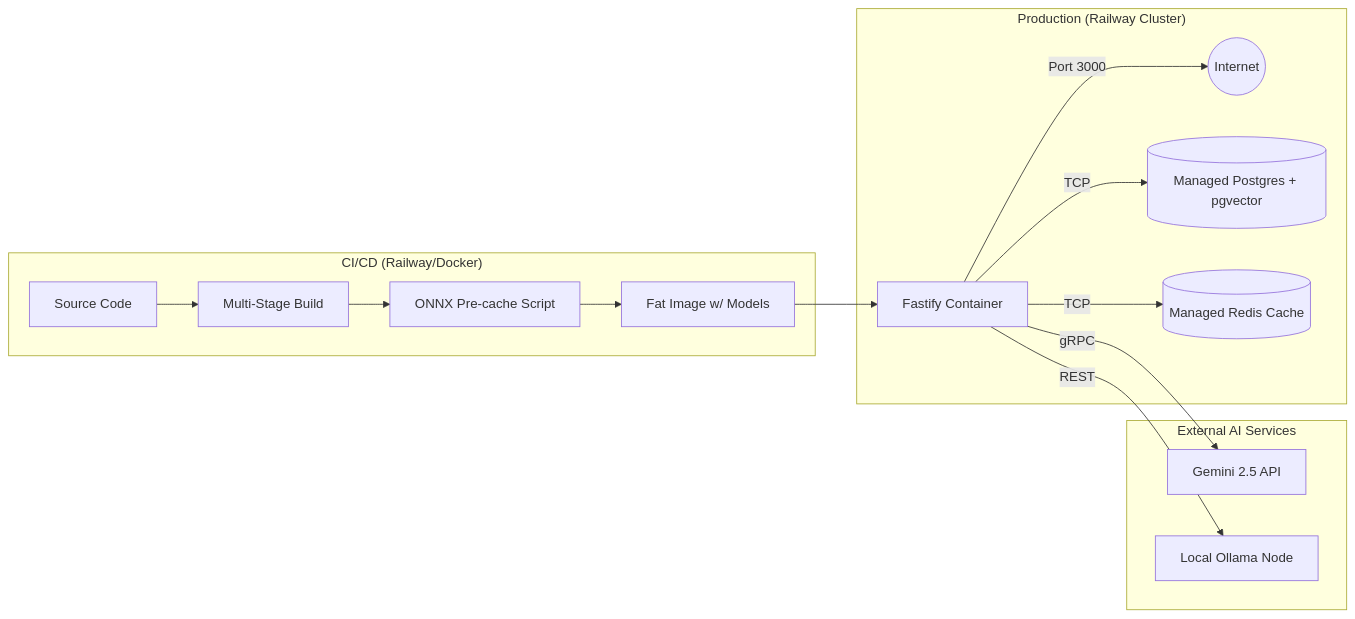
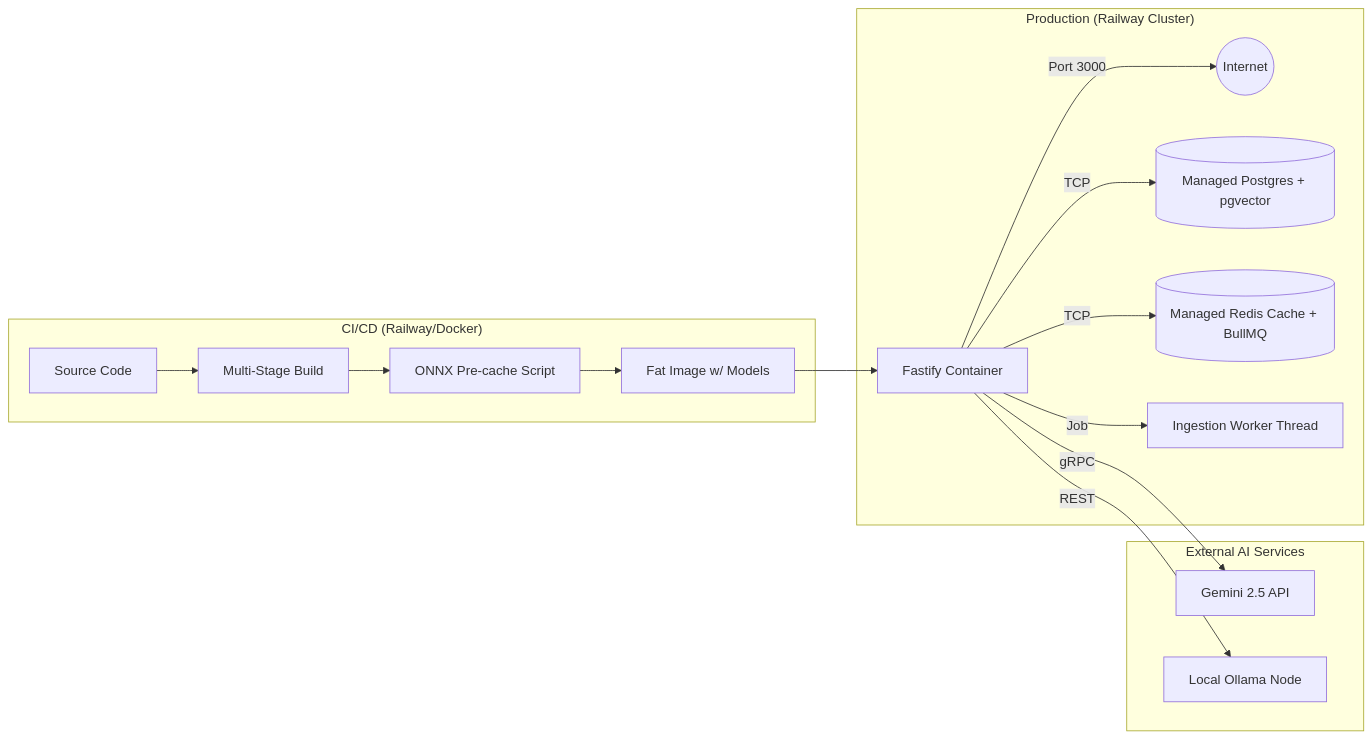
Before and after one commit to manish-9245/scalable-llm-search: the second of 2 diagrams in README.md, drawn with Mermaid. The commit also changed other lines of this file and 6 other files, not shown here.

Commit message:
feat: implement event-driven ingestion with BullMQ and Redis

````diff
--- a/README.md
+++ b/README.md
@@ -72,21 +74,22 @@
 ```mermaid
 graph LR
     subgraph "CI/CD (Railway/Docker)"
         Code[Source Code] --> Build[Multi-Stage Build]
         Build --> Precaching[ONNX Pre-cache Script]
         Precaching --> Image[Fat Image w/ Models]
     end
 
     subgraph "Production (Railway Cluster)"
         Image --> Container[Fastify Container]
         Container -->|Port 3000| Internet((Internet))
         
         Container -->|TCP| PG[(Managed Postgres + pgvector)]
-        Container -->|TCP| RD[(Managed Redis Cache)]
+        Container -->|TCP| RD[(Managed Redis Cache + BullMQ)]
+        Container -->|Job| Worker[Ingestion Worker Thread]
     end
 
     subgraph "External AI Services"
         Container -->|gRPC| Gemini[Gemini 2.5 API]
         Container -->|REST| Ollama[Local Ollama Node]
     end
 ```
````
